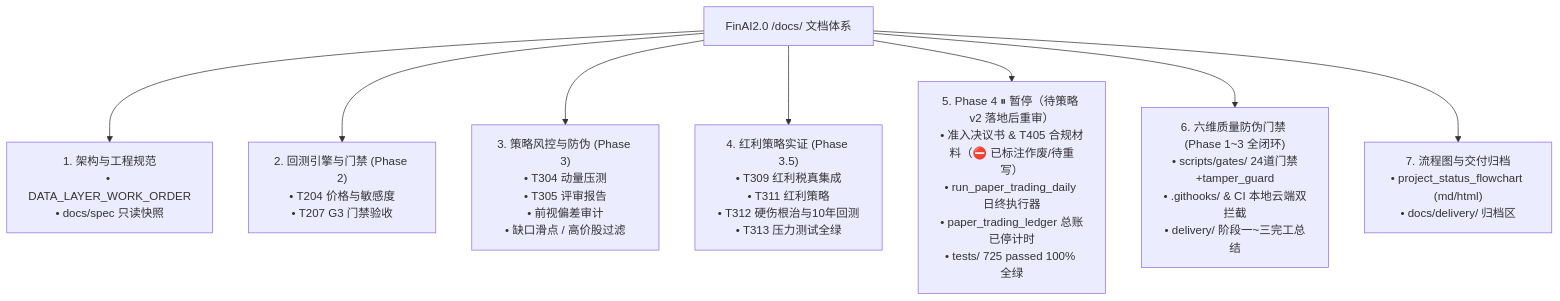
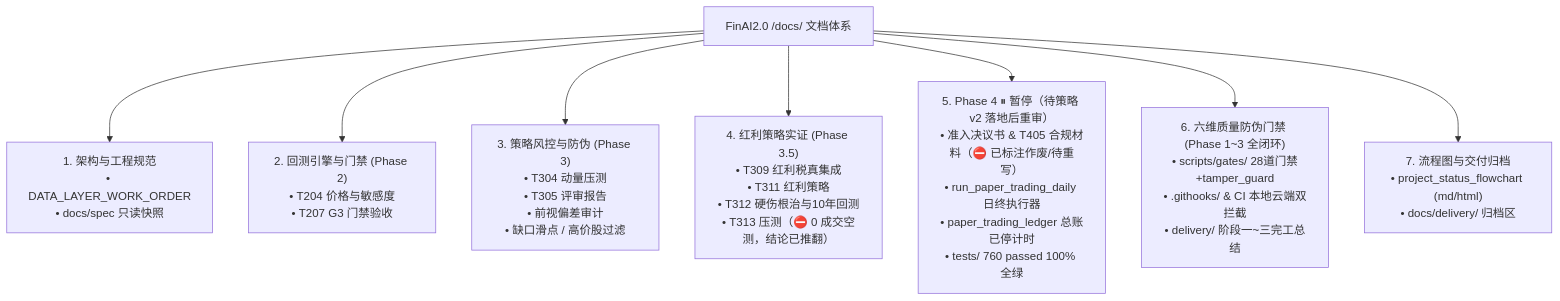
The diagram in docs/README.md (YZml1507/FinAI2.0), drawn with Mermaid before and after one commit. The commit also changed other lines of this file and 24 other files, not shown here.

````diff
--- a/docs/README.md
+++ b/docs/README.md
@@ -13,12 +13,12 @@
 ```mermaid
 flowchart TD
   DOCS["FinAI2.0 /docs/ 文档体系"]
   
   DOCS --> D1["1. 架构与工程规范<br/>• DATA_LAYER_WORK_ORDER<br/>• docs/spec 只读快照"]
   DOCS --> D2["2. 回测引擎与门禁 (Phase 2)<br/>• T204 价格与敏感度<br/>• T207 G3 门禁验收"]
   DOCS --> D3["3. 策略风控与防伪 (Phase 3)<br/>• T304 动量压测<br/>• T305 评审报告<br/>• 前视偏差审计<br/>• 缺口滑点 / 高价股过滤"]
-  DOCS --> D4["4. 红利策略实证 (Phase 3.5)<br/>• T309 红利税真集成<br/>• T311 红利策略<br/>• T312 硬伤根治与10年回测<br/>• T313 压力测试全绿"]
-  DOCS --> D5["5. Phase 4 ⏸ 暂停（待策略 v2 落地后重审）<br/>• 准入决议书 & T405 合规材料（⛔ 已标注作废/待重写）<br/>• run_paper_trading_daily 日终执行器<br/>• paper_trading_ledger 总账已停计时<br/>• tests/ 725 passed 100% 全绿"]
-  DOCS --> D6["6. 六维质量防伪门禁 (Phase 1~3 全闭环)<br/>• scripts/gates/ 24道门禁+tamper_guard<br/>• .githooks/ & CI 本地云端双拦截<br/>• delivery/ 阶段一~三完工总结"]
+  DOCS --> D4["4. 红利策略实证 (Phase 3.5)<br/>• T309 红利税真集成<br/>• T311 红利策略<br/>• T312 硬伤根治与10年回测<br/>• T313 压测（⛔ 0 成交空测，结论已推翻）"]
+  DOCS --> D5["5. Phase 4 ⏸ 暂停（待策略 v2 落地后重审）<br/>• 准入决议书 & T405 合规材料（⛔ 已标注作废/待重写）<br/>• run_paper_trading_daily 日终执行器<br/>• paper_trading_ledger 总账已停计时<br/>• tests/ 760 passed 100% 全绿"]
+  DOCS --> D6["6. 六维质量防伪门禁 (Phase 1~3 全闭环)<br/>• scripts/gates/ 28道门禁+tamper_guard<br/>• .githooks/ & CI 本地云端双拦截<br/>• delivery/ 阶段一~三完工总结"]
   DOCS --> D7["7. 流程图与交付归档<br/>• project_status_flowchart (md/html)<br/>• docs/delivery/ 归档区"]
 ```
````
